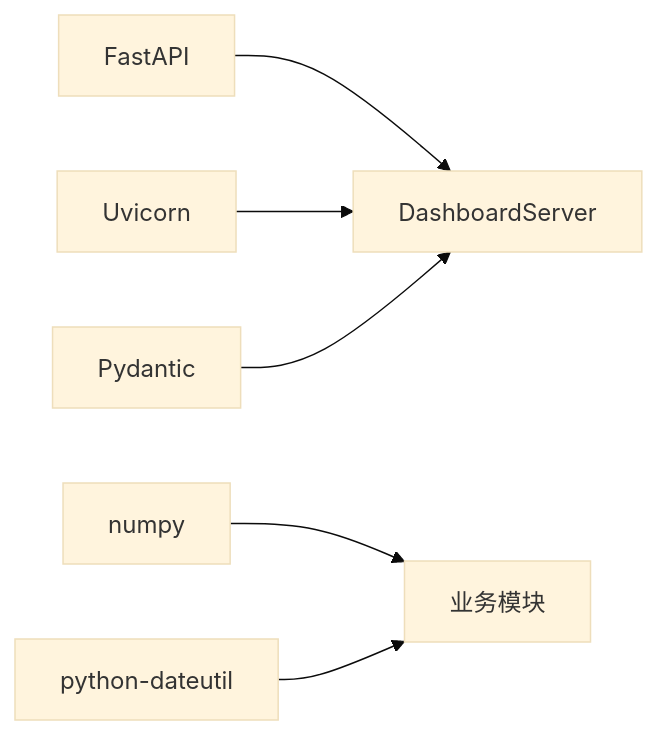
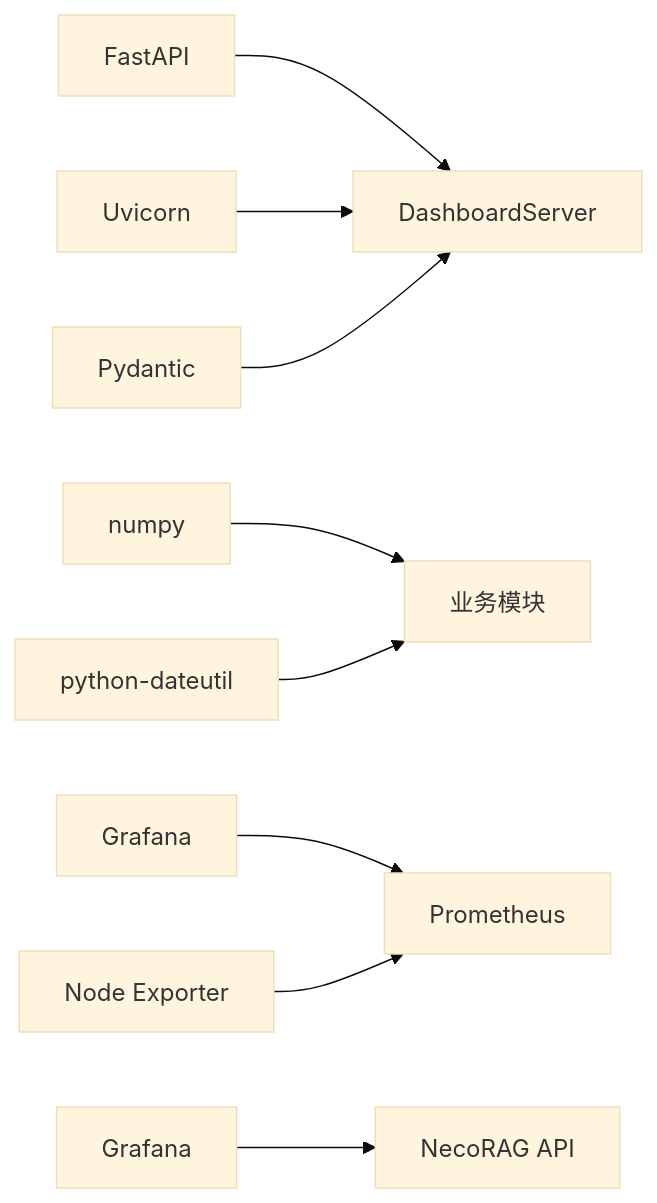
Before and after one commit to JieGaoPrinceton/NecoRAG: the sixth of 6 diagrams in .qoder/repowiki/zh/content/部署与运维/监控与日志管理.md, drawn with Mermaid (base theme). The commit also changed other lines of this file and 20 other files, not shown here.

````diff
--- a/.qoder/repowiki/zh/content/部署与运维/监控与日志管理.md
+++ b/.qoder/repowiki/zh/content/部署与运维/监控与日志管理.md
@@ -242,8 +351,11 @@
 ```mermaid
 graph LR
 A["FastAPI"] --> B["DashboardServer"]
 C["Uvicorn"] --> B
 D["Pydantic"] --> B
 E["numpy"] --> F["业务模块"]
 G["python-dateutil"] --> F
+H["Grafana"] --> I["Prometheus"]
+J["Node Exporter"] --> I
+K["Grafana"] --> L["NecoRAG API"]
 ```
````
